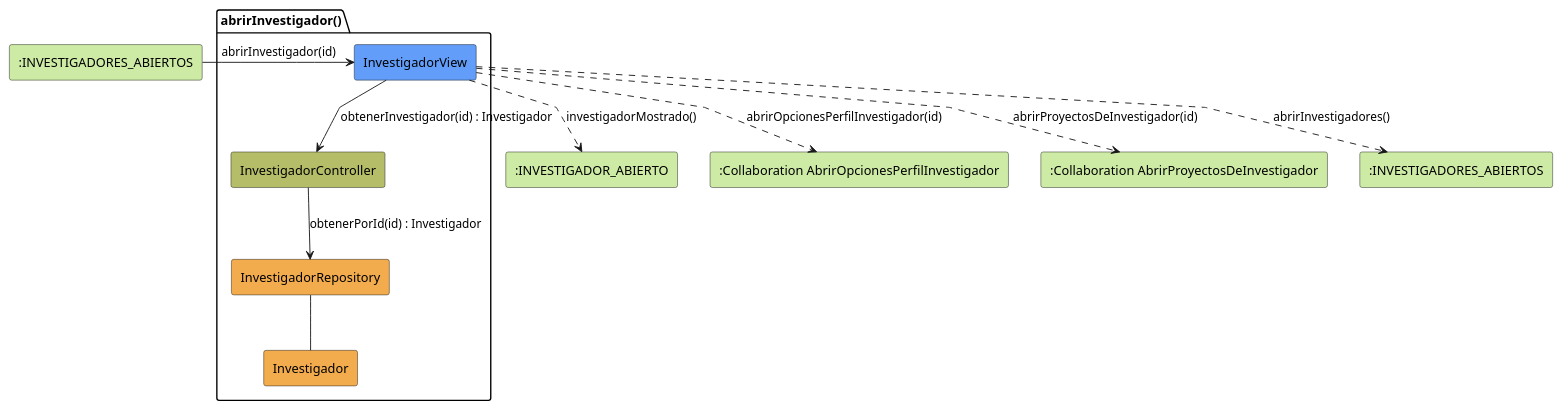
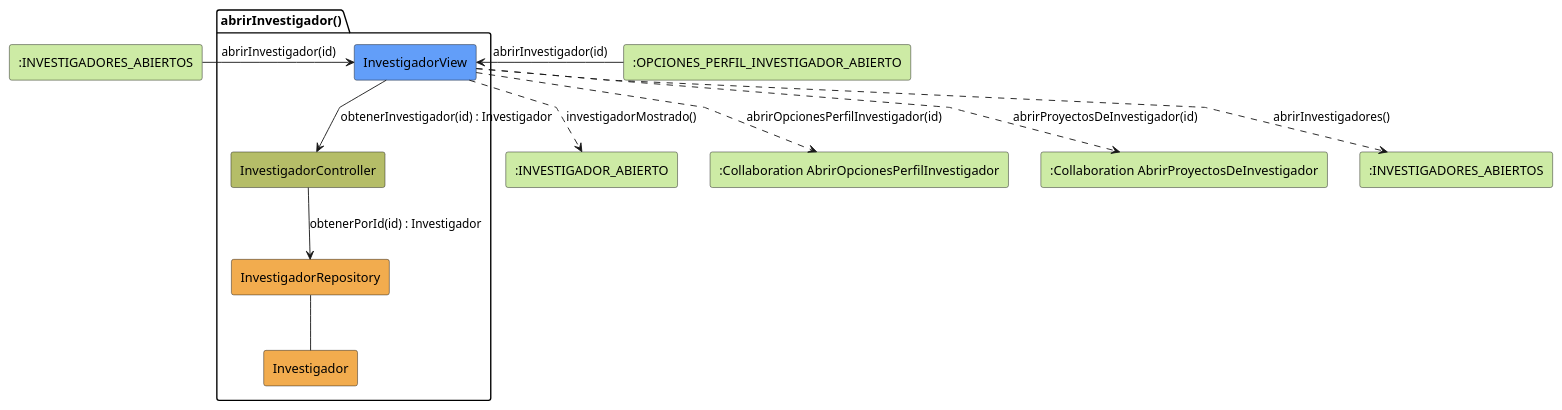
The diagram in modelosUML/analisis/coordinador/abrirInvestigador.puml (31Diego/25-26-idsw2-sdVC), drawn with PlantUML before and after one commit. The commit also changed 12 other files, not shown here.

Commit message:
fix: entradas secundarias faltantes en diagramas de coordinador

```diff
--- a/modelosUML/analisis/coordinador/abrirInvestigador.puml
+++ b/modelosUML/analisis/coordinador/abrirInvestigador.puml
@@ -1,31 +1,33 @@
 @startuml abrirInvestigador-analisis
 skinparam linetype polyline
 
 rectangle #CDEBA5 ":INVESTIGADORES_ABIERTOS" as InvestigadoresAbiertos
+rectangle #CDEBA5 ":OPCIONES_PERFIL_INVESTIGADOR_ABIERTO" as OpcionesPerfilEntrada
 
 package abrirInvestigador as "abrirInvestigador()" {
     rectangle #629EF9 InvestigadorView
     rectangle #b5bd68 InvestigadorController
     rectangle #F2AC4E InvestigadorRepository
     rectangle #F2AC4E Investigador
 }
 
 rectangle #CDEBA5 ":INVESTIGADOR_ABIERTO" as InvestigadorAbierto
 rectangle #CDEBA5 ":Collaboration AbrirOpcionesPerfilInvestigador" as ColPerfil
 rectangle #CDEBA5 ":Collaboration AbrirProyectosDeInvestigador" as ColProyectos
 rectangle #CDEBA5 ":INVESTIGADORES_ABIERTOS" as InvestigadoresSalida
 
 InvestigadoresAbiertos -r-> InvestigadorView: abrirInvestigador(id)
+OpcionesPerfilEntrada -r-> InvestigadorView: abrirInvestigador(id)
 
 InvestigadorView -d-> InvestigadorController: obtenerInvestigador(id) : Investigador
 
 InvestigadorController --> InvestigadorRepository: obtenerPorId(id) : Investigador
 
 InvestigadorRepository -- Investigador
 
 InvestigadorView ..> InvestigadorAbierto: investigadorMostrado()
 InvestigadorView ..> ColPerfil: abrirOpcionesPerfilInvestigador(id)
 InvestigadorView ..> ColProyectos: abrirProyectosDeInvestigador(id)
 InvestigadorView ..> InvestigadoresSalida: abrirInvestigadores()
 
 @enduml
```
